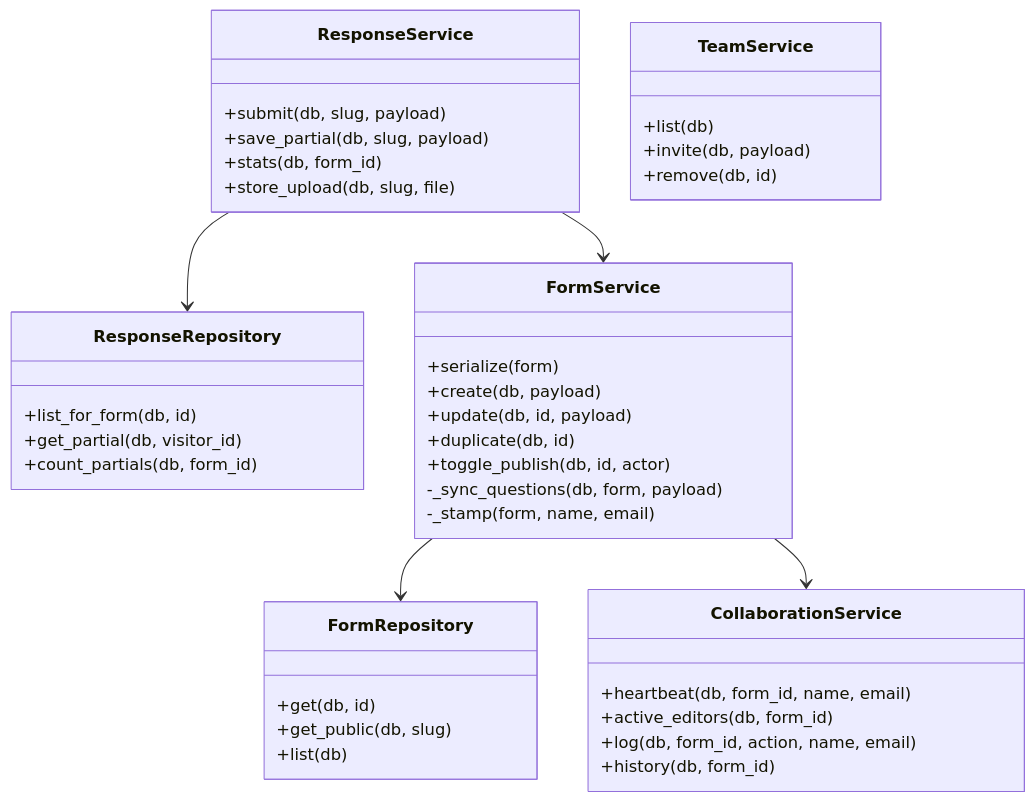
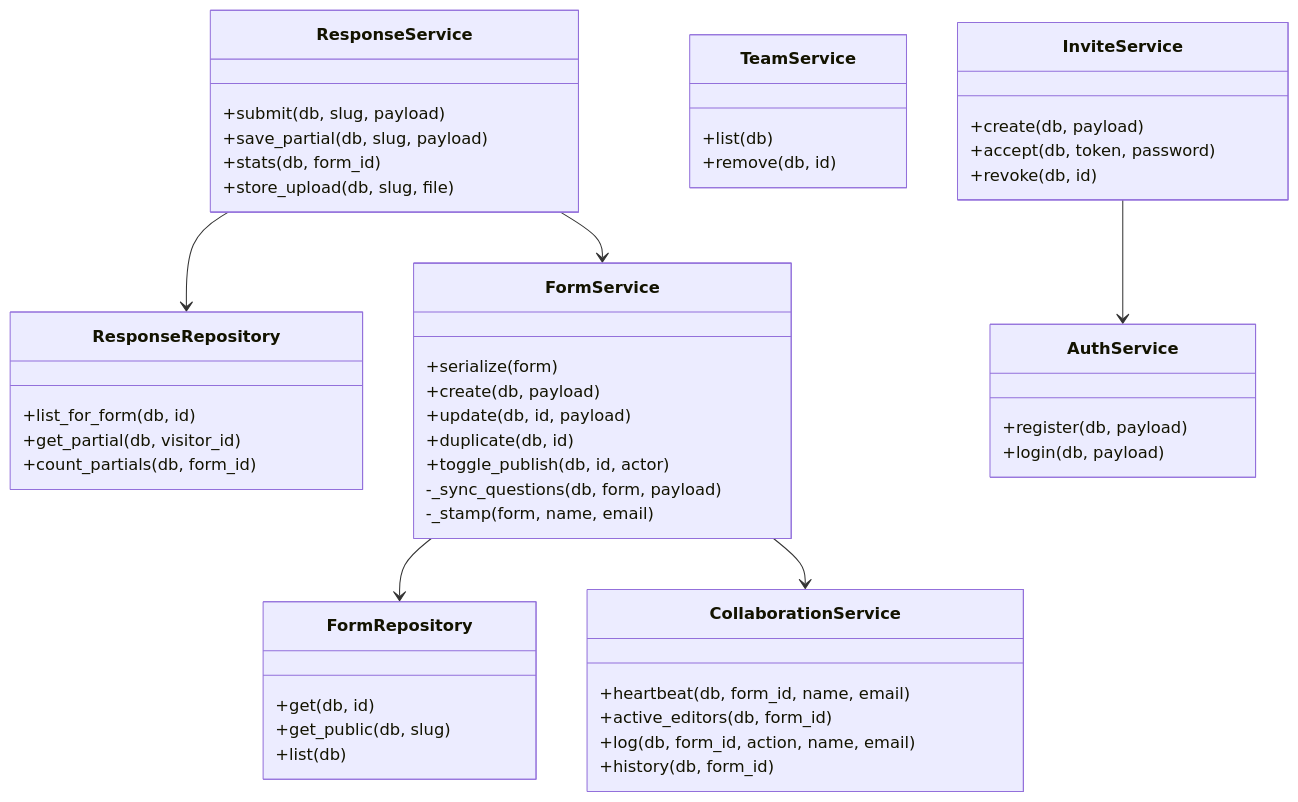
One commit to ruthwikkakumani/formly changed the second of 3 diagrams in docs/diagrams/class-uml.md. Above: the diagram before and after it, drawn with Mermaid. The commit also changed other lines of this file and 7 other files, not shown here.

Commit message:
docs: sync README, LLD, and UML with auth, invites, and Railway SQLite

````diff
--- a/docs/diagrams/class-uml.md
+++ b/docs/diagrams/class-uml.md
@@ -83,43 +93,52 @@
 ```mermaid
 classDiagram
   class FormRepository {
     +get(db, id)
     +get_public(db, slug)
     +list(db)
   }
   class ResponseRepository {
     +list_for_form(db, id)
     +get_partial(db, visitor_id)
     +count_partials(db, form_id)
   }
   class FormService {
     +serialize(form)
     +create(db, payload)
     +update(db, id, payload)
     +duplicate(db, id)
     +toggle_publish(db, id, actor)
     -_sync_questions(db, form, payload)
     -_stamp(form, name, email)
   }
   class CollaborationService {
     +heartbeat(db, form_id, name, email)
     +active_editors(db, form_id)
     +log(db, form_id, action, name, email)
     +history(db, form_id)
   }
   class ResponseService {
     +submit(db, slug, payload)
     +save_partial(db, slug, payload)
     +stats(db, form_id)
     +store_upload(db, slug, file)
   }
   class TeamService {
     +list(db)
-    +invite(db, payload)
     +remove(db, id)
+  }
+  class AuthService {
+    +register(db, payload)
+    +login(db, payload)
+  }
+  class InviteService {
+    +create(db, payload)
+    +accept(db, token, password)
+    +revoke(db, id)
   }
   FormService --> FormRepository
   FormService --> CollaborationService
   ResponseService --> FormService
   ResponseService --> ResponseRepository
+  InviteService --> AuthService
 ```
````
